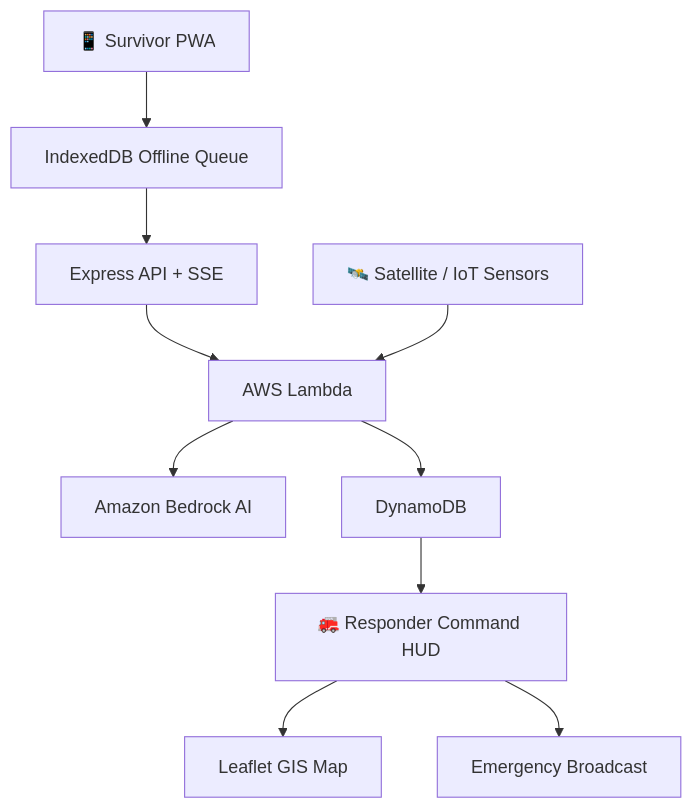
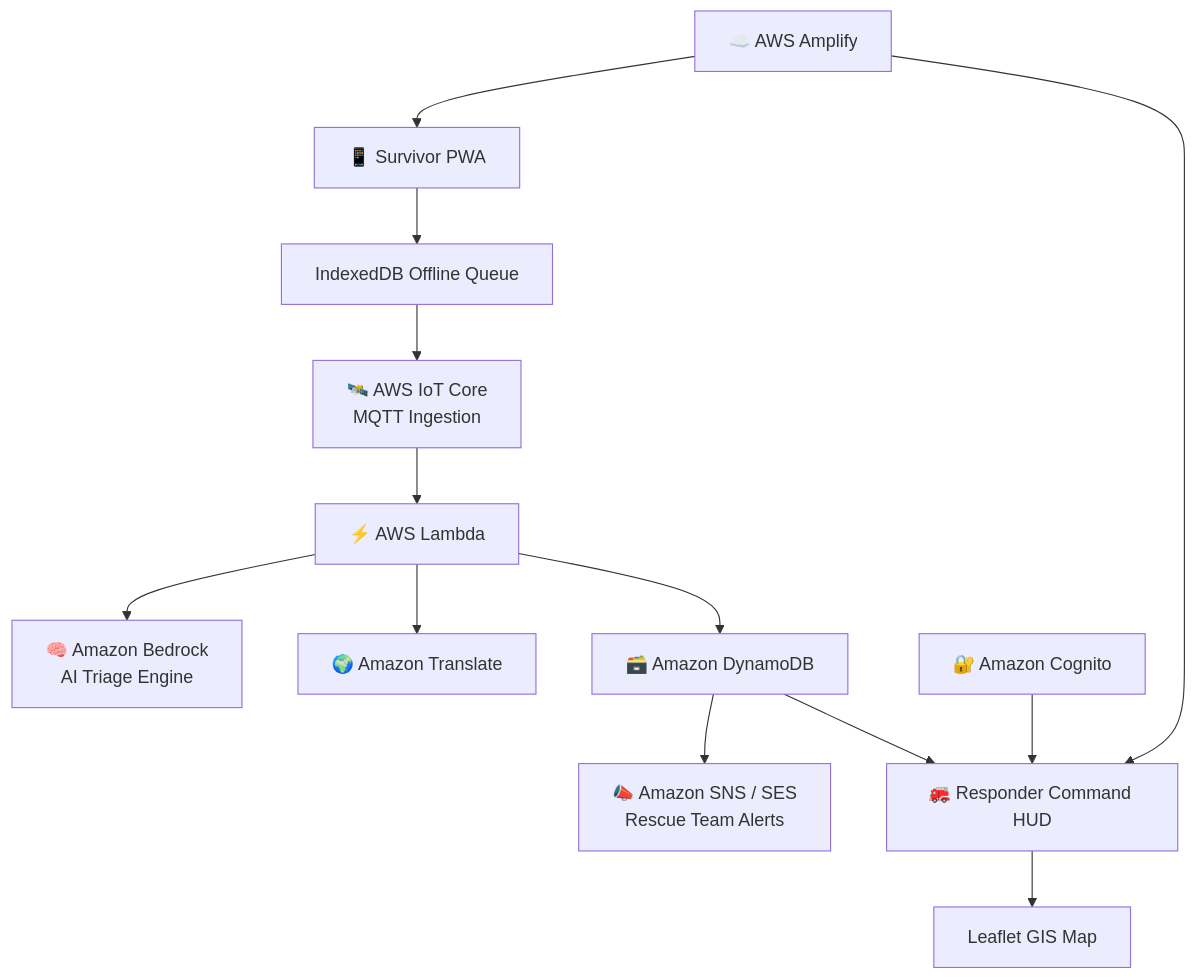
Before and after one commit to CyberCodezilla/Rescue-Link: the second of 3 diagrams in README.md, drawn with Mermaid. The commit also changed other lines of this file, not shown here.

````diff
--- a/README.md
+++ b/README.md
@@ -62,12 +94,15 @@
 ```mermaid
 graph TD
 SURVIVOR["📱 Survivor PWA"] --> OFFLINE["IndexedDB Offline Queue"]
-OFFLINE --> API["Express API + SSE"]
-API --> LAMBDA["AWS Lambda"]
-LAMBDA --> BEDROCK["Amazon Bedrock AI"]
-LAMBDA --> DB["DynamoDB"]
+OFFLINE --> IOT["🛰️ AWS IoT Core<br/>MQTT Ingestion"]
+IOT --> LAMBDA["⚡ AWS Lambda"]
+LAMBDA --> BEDROCK["🧠 Amazon Bedrock<br/>AI Triage Engine"]
+LAMBDA --> TRANSLATE["🌍 Amazon Translate"]
+LAMBDA --> DB["🗃️ Amazon DynamoDB"]
+DB --> ALERT["📣 Amazon SNS / SES<br/>Rescue Team Alerts"]
 DB --> HUD["🚒 Responder Command HUD"]
-SAT["🛰️ Satellite / IoT Sensors"] --> LAMBDA
+AUTH["🔐 Amazon Cognito"] --> HUD
+HOST["☁️ AWS Amplify"] --> SURVIVOR
+HOST --> HUD
 HUD --> GIS["Leaflet GIS Map"]
-HUD --> ALERT["Emergency Broadcast"]
 ```
````
